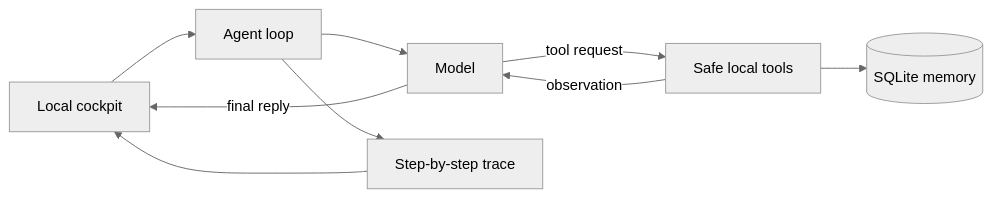
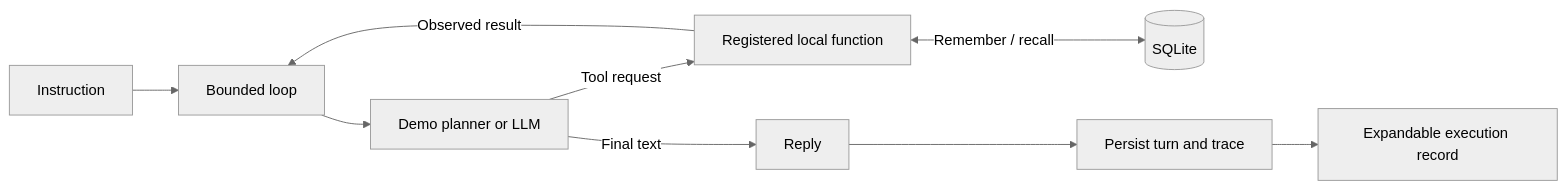
Before and after one commit to LobsterQBA/loop-agent: the diagram in README.md, drawn with Mermaid (neutral theme). The commit also changed other lines of this file and 20 other files, not shown here.

````diff
--- a/README.md
+++ b/README.md
@@ -64,11 +87,11 @@
 ```mermaid
 flowchart LR
-    UI[Local cockpit] --> LOOP[Agent loop]
-    LOOP --> MODEL[Model]
-    MODEL -->|tool request| TOOLS[Safe local tools]
-    TOOLS -->|observation| MODEL
-    MODEL -->|final reply| UI
-    TOOLS --> DB[(SQLite memory)]
-    LOOP --> TRACE[Step-by-step trace]
-    TRACE --> UI
+    U[Instruction] --> L[Bounded loop]
+    L --> M[Demo planner or LLM]
+    M -->|Tool request| T[Registered local function]
+    T -->|Observed result| L
+    T <-->|Remember / recall| D[(SQLite)]
+    M -->|Final text| R[Reply]
+    R --> P[Persist turn and trace]
+    P --> V[Expandable execution record]
 ```
````
